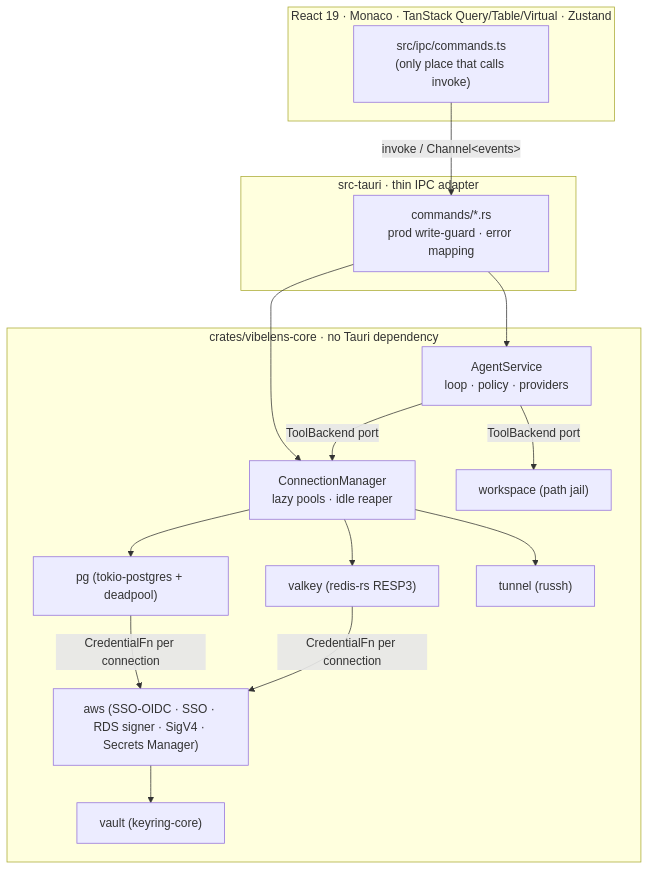
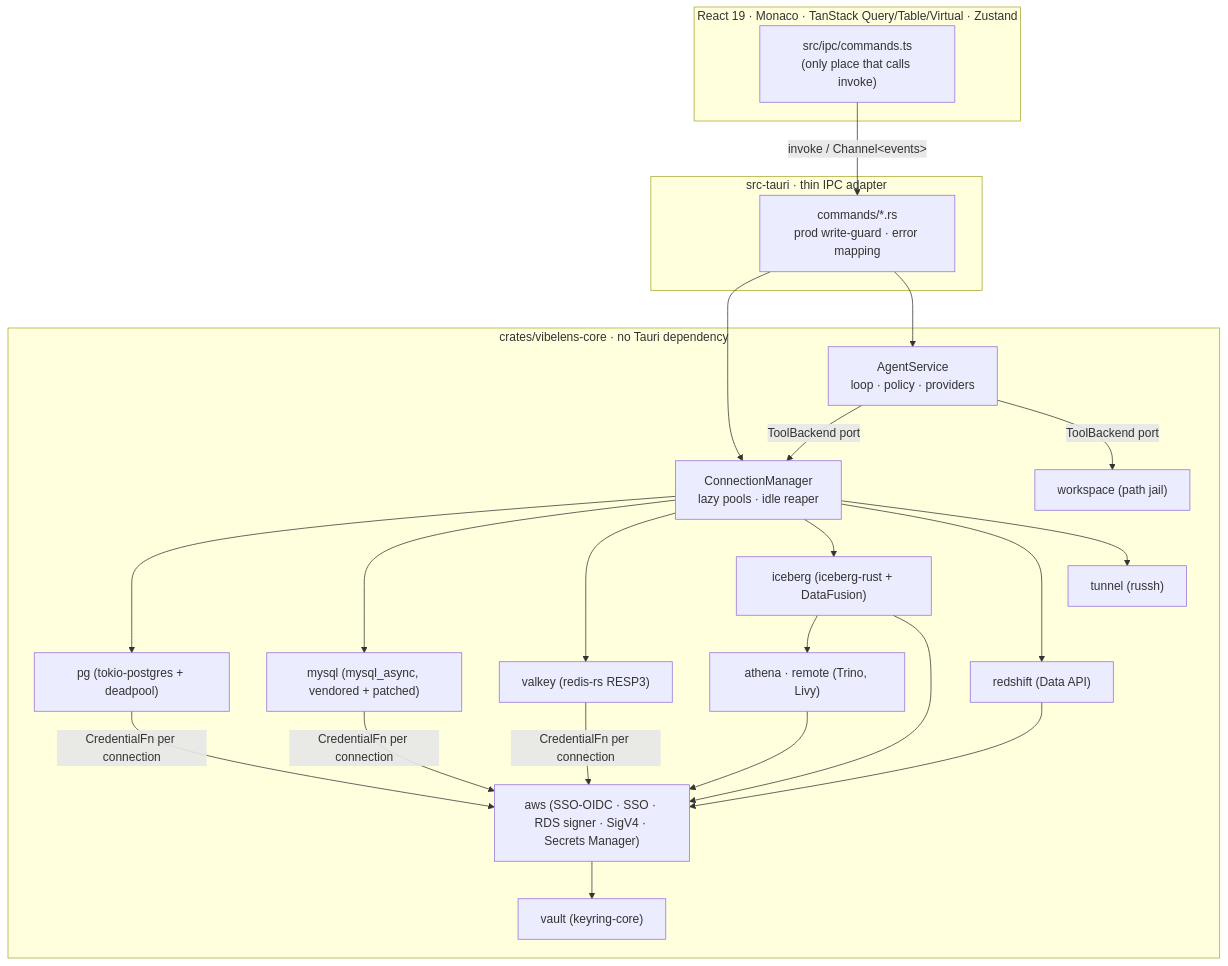
The diagram in README.md (heinM/VibeLens), drawn with Mermaid before and after one commit. The commit also changed other lines of this file, not shown here.

First line of the commit message:
README for v0.2.0-1: MySQL, Redshift, Trino and Spark, and new screenshots

````diff
--- a/README.md
+++ b/README.md
@@ -180,25 +249,31 @@
 ```mermaid
 flowchart TB
   subgraph UI["React 19 · Monaco · TanStack Query/Table/Virtual · Zustand"]
     IPC["src/ipc/commands.ts<br/>(only place that calls invoke)"]
   end
   subgraph Shell["src-tauri · thin IPC adapter"]
     CMD["commands/*.rs<br/>prod write-guard · error mapping"]
   end
   subgraph Core["crates/vibelens-core · no Tauri dependency"]
     CM["ConnectionManager<br/>lazy pools · idle reaper"]
     AG["AgentService<br/>loop · policy · providers"]
     PG["pg (tokio-postgres + deadpool)"]
+    MY["mysql (mysql_async, vendored + patched)"]
     VK["valkey (redis-rs RESP3)"]
+    ICE["iceberg (iceberg-rust + DataFusion)"]
+    REM["athena · remote (Trino, Livy)"]
+    RS["redshift (Data API)"]
     AWS["aws (SSO-OIDC · SSO · RDS signer · SigV4 · Secrets Manager)"]
     TUN["tunnel (russh)"]
     VAULT["vault (keyring-core)"]
     WS["workspace (path jail)"]
   end
   IPC -- "invoke / Channel&lt;events&gt;" --> CMD
   CMD --> CM & AG
   AG -- "ToolBackend port" --> CM & WS
-  CM --> PG & VK & TUN
-  PG & VK -- "CredentialFn per connection" --> AWS
+  CM --> PG & MY & VK & ICE & RS & TUN
+  ICE --> REM
+  PG & MY & VK -- "CredentialFn per connection" --> AWS
+  ICE & RS & REM --> AWS
   AWS --> VAULT
 ```
````
